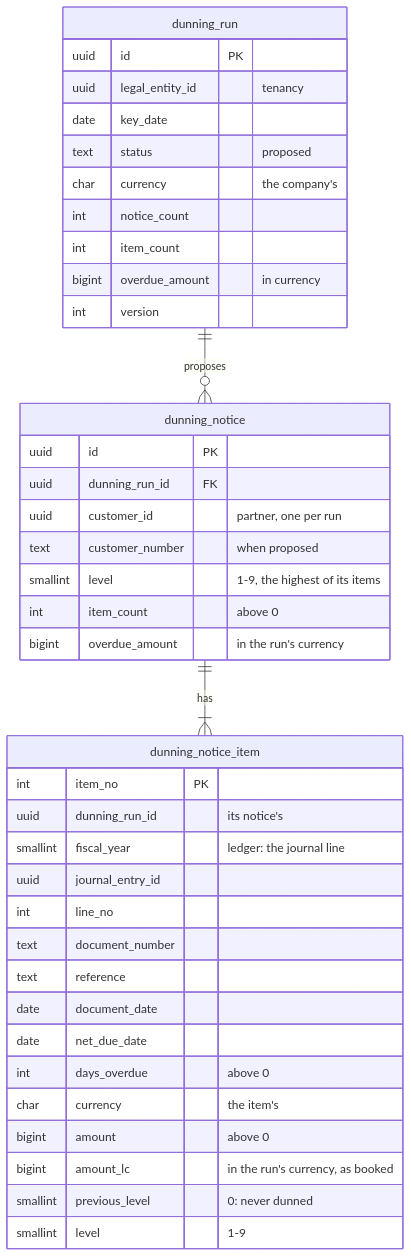
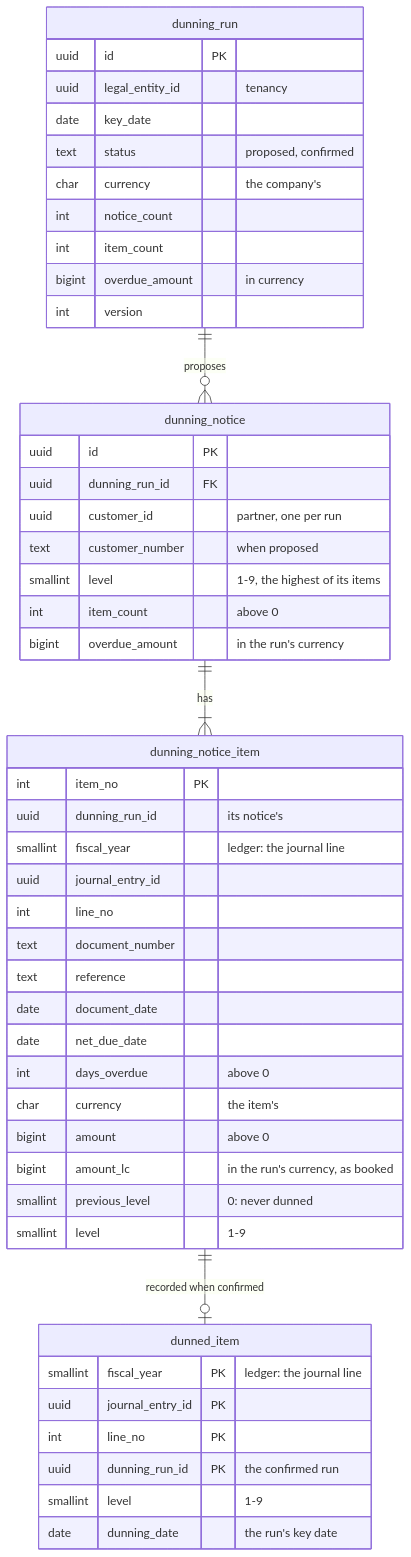
Before and after one commit to mustie7iy/agentic-erp: diagram 15 of 15 in docs/design/03-data-model.md, drawn with Mermaid. The commit also changed other lines of this file and 31 other files, not shown here.

````diff
--- a/docs/design/03-data-model.md
+++ b/docs/design/03-data-model.md
@@ -4079,36 +4081,43 @@
 ```mermaid
 erDiagram
   dunning_run ||--o{ dunning_notice : "proposes"
   dunning_notice ||--|{ dunning_notice_item : "has"
+  dunning_notice_item ||--o| dunned_item : "recorded when confirmed"
   dunning_run { uuid id PK
     uuid legal_entity_id "tenancy"
     date key_date
-    text status "proposed"
+    text status "proposed, confirmed"
     char currency "the company's"
     int notice_count
     int item_count
     bigint overdue_amount "in currency"
     int version }
   dunning_notice { uuid id PK
     uuid dunning_run_id FK
     uuid customer_id "partner, one per run"
     text customer_number "when proposed"
     smallint level "1-9, the highest of its items"
     int item_count "above 0"
     bigint overdue_amount "in the run's currency" }
   dunning_notice_item { int item_no PK
     uuid dunning_run_id "its notice's"
     smallint fiscal_year "ledger: the journal line"
     uuid journal_entry_id
     int line_no
     text document_number
     text reference
     date document_date
     date net_due_date
     int days_overdue "above 0"
     char currency "the item's"
     bigint amount "above 0"
     bigint amount_lc "in the run's currency, as booked"
     smallint previous_level "0: never dunned"
     smallint level "1-9" }
+  dunned_item { smallint fiscal_year PK "ledger: the journal line"
+    uuid journal_entry_id PK
+    int line_no PK
+    uuid dunning_run_id PK "the confirmed run"
+    smallint level "1-9"
+    date dunning_date "the run's key date" }
 ```
````
